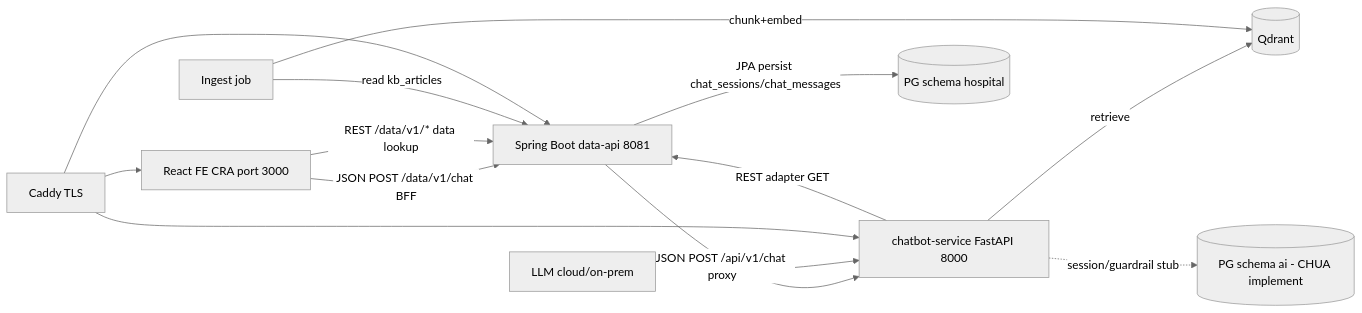
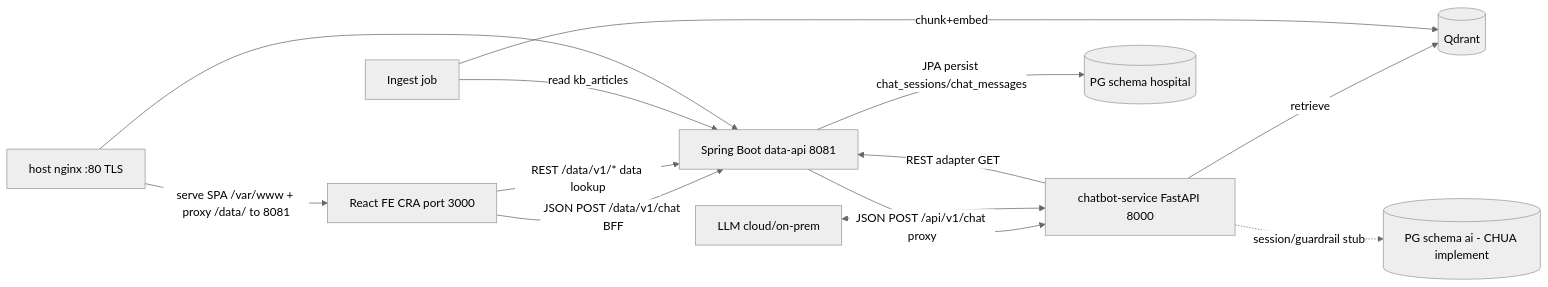
The diagram in docs/05-system-architecture.md (HieuGM/VAIC_2026_BanhDaCua), drawn with Mermaid (neutral theme) before and after one commit. The commit also changed other lines of this file and 3 other files, not shown here.

````diff
--- a/docs/05-system-architecture.md
+++ b/docs/05-system-architecture.md
@@ -36,16 +36,15 @@
 ```mermaid
 flowchart LR
     FE[React FE CRA port 3000] -->|JSON POST /data/v1/chat BFF| SB[Spring Boot data-api 8081]
     FE -->|REST /data/v1/* data lookup| SB
     SB -->|JSON POST /api/v1/chat proxy| AI[chatbot-service FastAPI 8000]
     AI -->|REST adapter GET| SB
     AI -->|retrieve| QD[(Qdrant)]
     SB -->|JPA persist chat_sessions/chat_messages| PGH[(PG schema hospital)]
     AI -.session/guardrail stub.-> PGA[(PG schema ai - CHUA implement)]
     ING[Ingest job] -->|read kb_articles| SB
     ING -->|chunk+embed| QD
     LLM[LLM cloud/on-prem] <--> AI
-    Caddy[Caddy TLS] --> FE
-    Caddy --> AI
-    Caddy --> SB
+    NGX[host nginx :80 TLS] -->|serve SPA /var/www + proxy /data/ to 8081| FE
+    NGX --> SB
 ```
````
